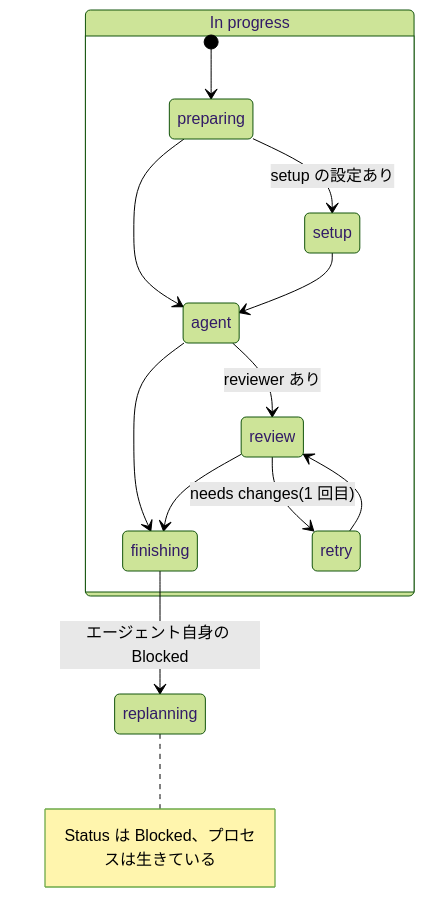
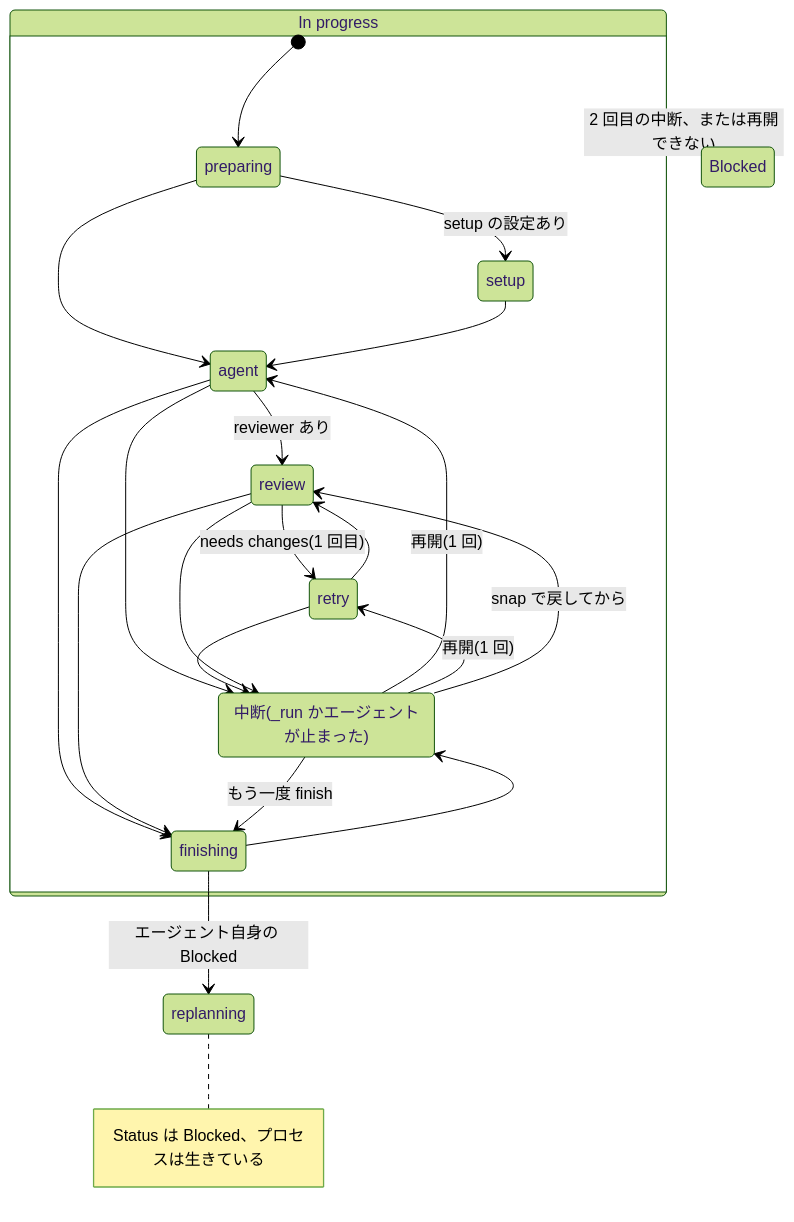
One commit to jyoka/task-hub changed the second of 2 diagrams in docs/design.md. Above: the diagram before and after it, drawn with Mermaid (forest theme). The commit also changed other lines of this file and 10 other files, not shown here.

````diff
--- a/docs/design.md
+++ b/docs/design.md
@@ -422,16 +445,26 @@
 ```mermaid
 stateDiagram-v2
     state "In progress" as InProgress {
         [*] --> preparing
         preparing --> setup: setup の設定あり
         preparing --> agent
         setup --> agent
         agent --> review: reviewer あり
         agent --> finishing
         review --> retry: needs changes(1 回目)
         retry --> review
         review --> finishing
+        state "中断(_run かエージェントが止まった)" as cut
+        agent --> cut
+        retry --> cut
+        review --> cut
+        finishing --> cut
+        cut --> agent: 再開(1 回)
+        cut --> retry: 再開(1 回)
+        cut --> review: snap で戻してから
+        cut --> finishing: もう一度 finish
     }
+    InProgress --> Blocked: 2 回目の中断、または再開できない
     finishing --> replanning: エージェント自身の Blocked
     note right of replanning: Status は Blocked、プロセスは生きている
 ```
````
